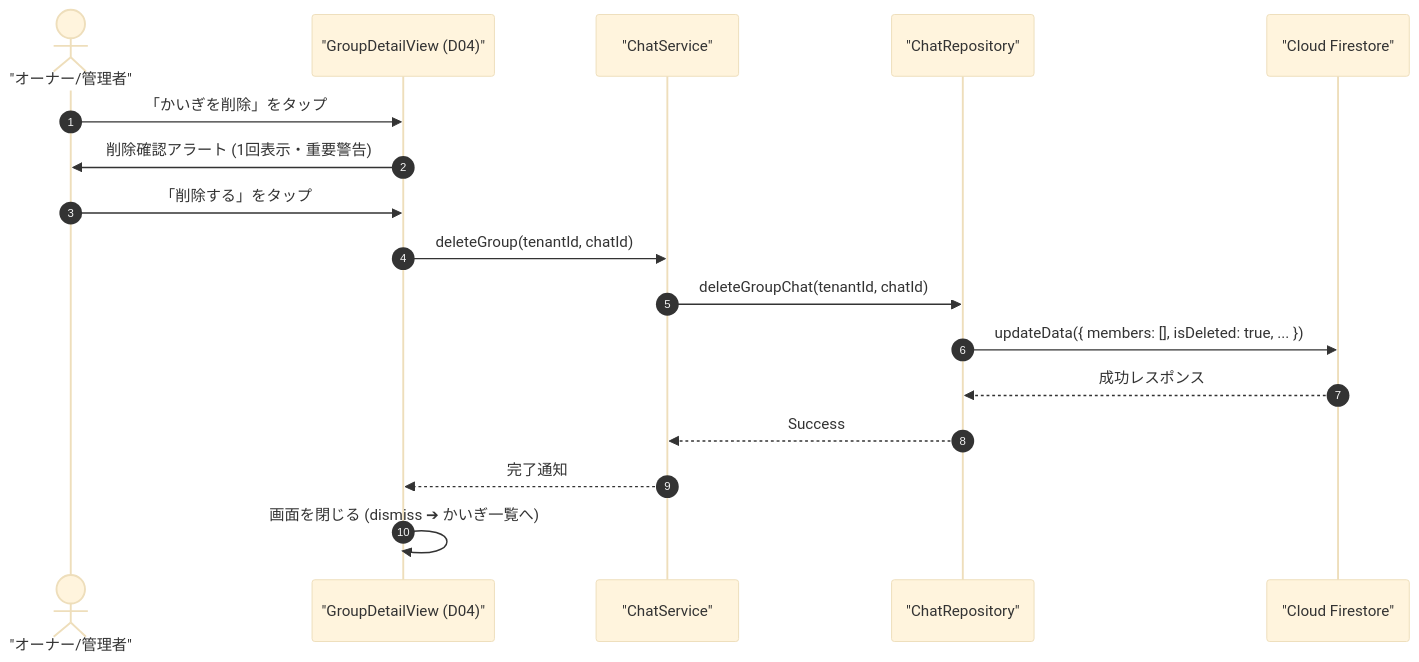
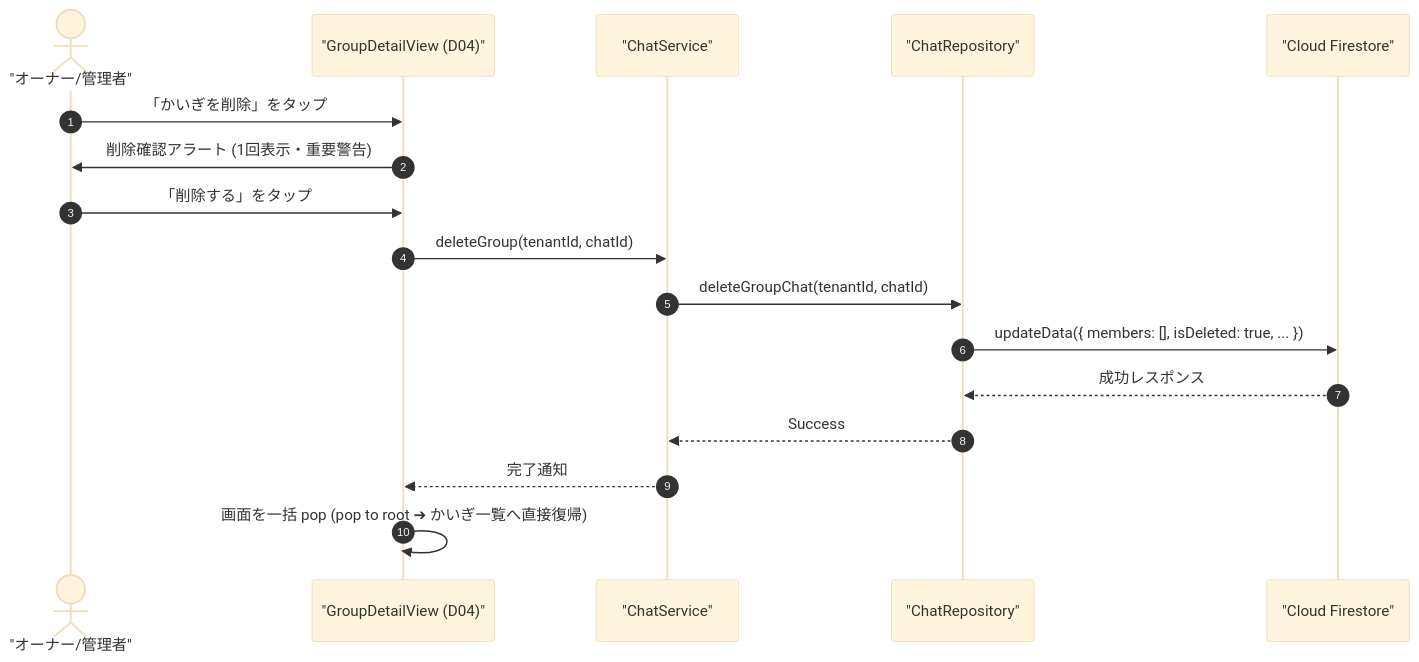
Before and after one commit to kantowork/friends: the diagram in doc/07-detailed-usecases/07-13-group-role-and-deletion.md, drawn with Mermaid (base theme). The commit also changed other lines of this file and 21 other files, not shown here.

````diff
--- a/doc/07-detailed-usecases/07-13-group-role-and-deletion.md
+++ b/doc/07-detailed-usecases/07-13-group-role-and-deletion.md
@@ -124,20 +125,20 @@
 ```mermaid
 sequenceDiagram
     autonumber
     actor Admin as "オーナー/管理者"
     participant View as "GroupDetailView (D04)"
     participant ChatService as "ChatService"
     participant Repo as "ChatRepository"
     participant Firestore as "Cloud Firestore"
 
     Admin->>View: 「かいぎを削除」をタップ
     View->>Admin: 削除確認アラート (1回表示・重要警告)
     Admin->>View: 「削除する」をタップ
     View->>ChatService: deleteGroup(tenantId, chatId)
     ChatService->>Repo: deleteGroupChat(tenantId, chatId)
     Repo->>Firestore: updateData({ members: [], isDeleted: true, ... })
     Firestore-->>Repo: 成功レスポンス
     Repo-->>ChatService: Success
     ChatService-->>View: 完了通知
-    View->>View: 画面を閉じる (dismiss ➔ かいぎ一覧へ)
+    View->>View: 画面を一括 pop (pop to root ➔ かいぎ一覧へ直接復帰)
 ```
````
